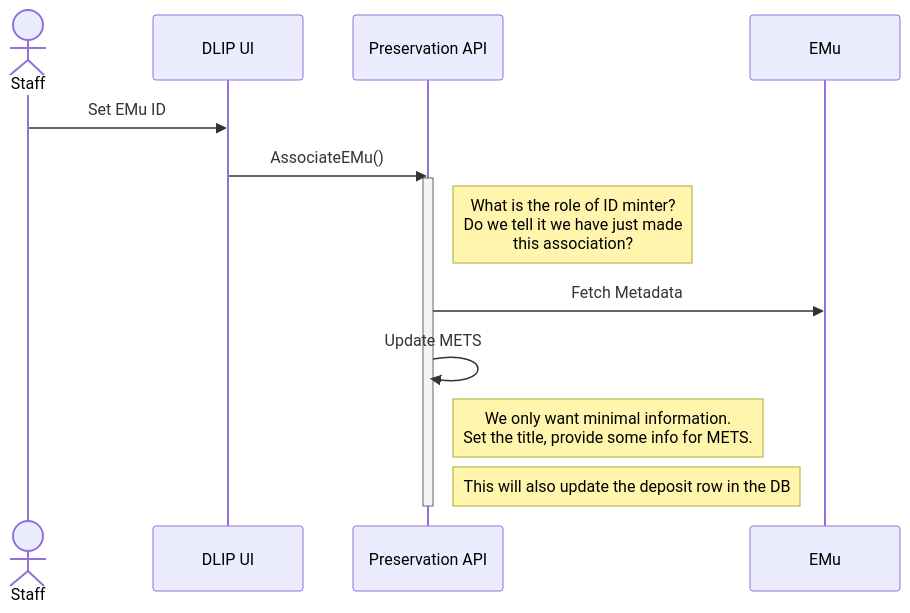
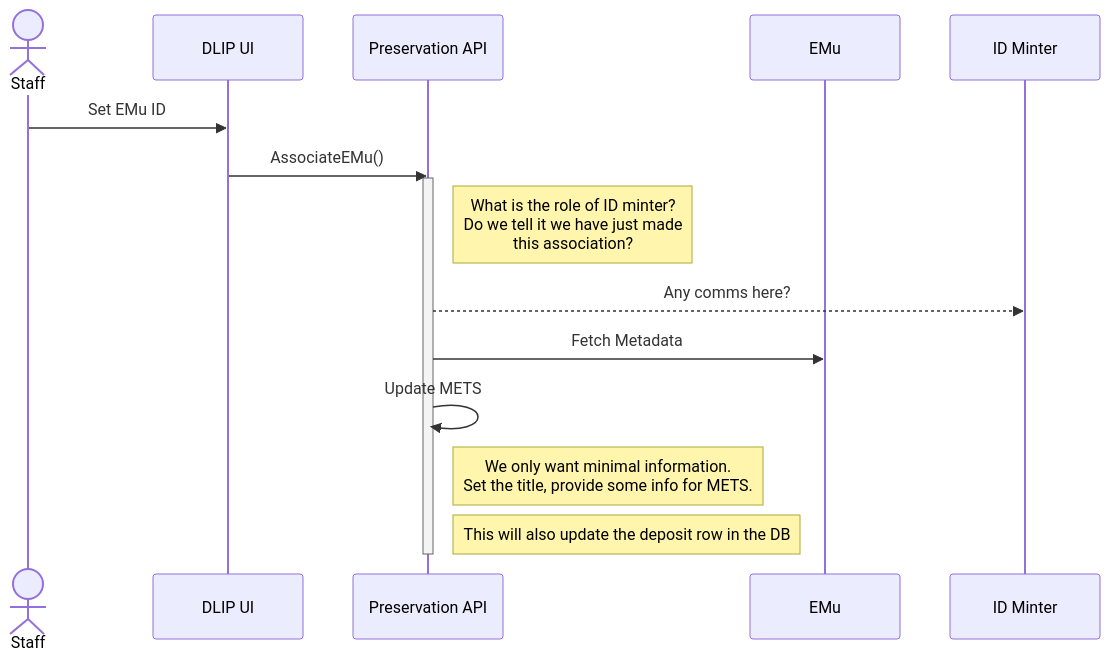
Before and after one commit to digirati-co-uk/digital-preservation-docs: the diagram in sequence-diagrams/calling-emu.md, drawn with Mermaid. The commit also changed 4 other files, not shown here.

````diff
--- a/sequence-diagrams/calling-emu.md
+++ b/sequence-diagrams/calling-emu.md
@@ -9,17 +9,19 @@
 ```mermaid
 sequenceDiagram
     actor A as Staff
     participant UI as DLIP UI
     participant API as Preservation API
     participant EMu
+    participant ID as ID Minter
 
     A->>UI: Set EMu ID
     UI->>API: AssociateEMu()
     activate API
     note right of API: What is the role of ID minter?<br>Do we tell it we have just made<br>this association?
+    API-->>ID: Any comms here?
     API->>EMu: Fetch Metadata
     API->>API: Update METS
     note right of API: We only want minimal information.<br>Set the title, provide some info for METS.
     note right of API: This will also update the deposit row in the DB
     deactivate API
 ```
````
